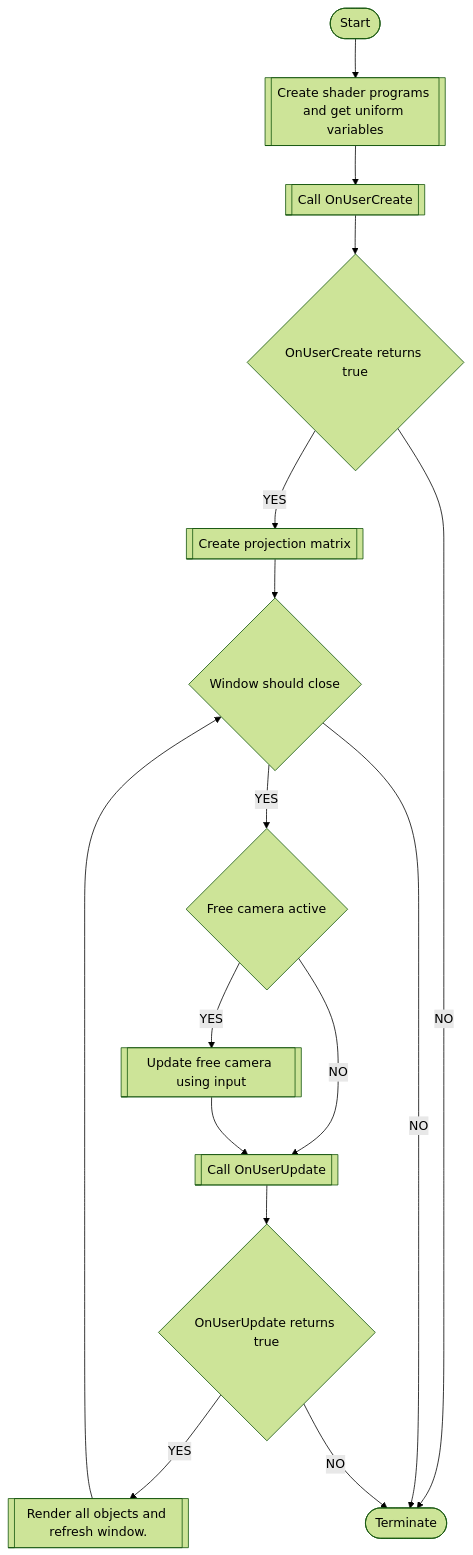
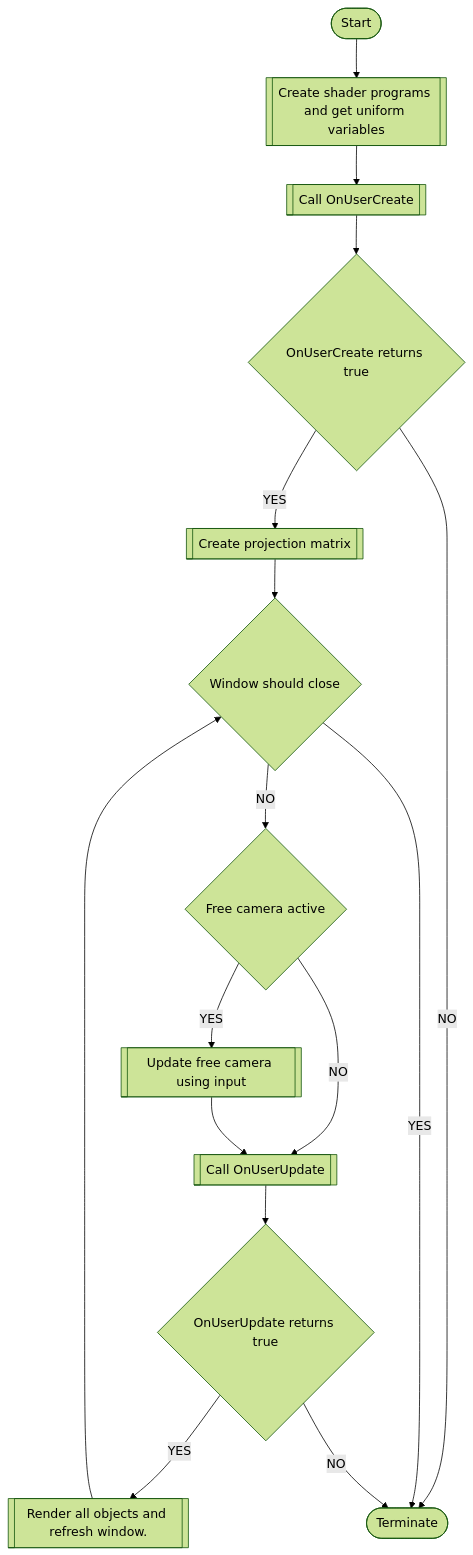
The diagram in README.md (arslanberkeozgur/OpenGLGameEngine), drawn with Mermaid (forest theme) before and after one commit.

````diff
--- a/README.md
+++ b/README.md
@@ -23,31 +23,31 @@
 ``` mermaid
 flowchart TD
 st([Start])
 op1[[Create shader programs and get uniform variables]]
 op2[[Call OnUserCreate]]
 cond1{OnUserCreate returns true}
 op3[[Create projection matrix]]
 cond2{Window should close}
 cond3{Free camera active}
 op4[[Update free camera using input]]
 op5[[Call OnUserUpdate]]
 cond4{OnUserUpdate returns true}
 op6[[Render all objects and refresh window.]]
 e([Terminate])
 
 st-->op1
 op1-->op2
 op2-->cond1
 cond1-- YES -->op3
 cond1-- NO -->e
 op3-->cond2
-cond2-- YES -->cond3
-cond2-- NO -->e
+cond2-- NO -->cond3
+cond2-- YES -->e
 cond3-- YES -->op4
 cond3-- NO -->op5
 op4-->op5
 op5-->cond4
 cond4-- YES -->op6
 cond4-- NO -->e
 op6-->cond2
 ```
````
